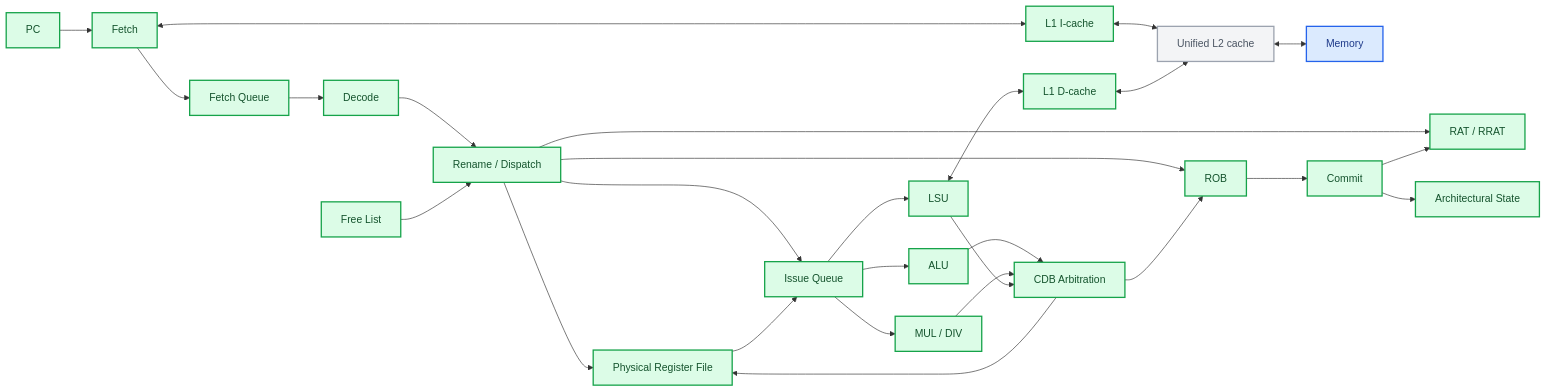
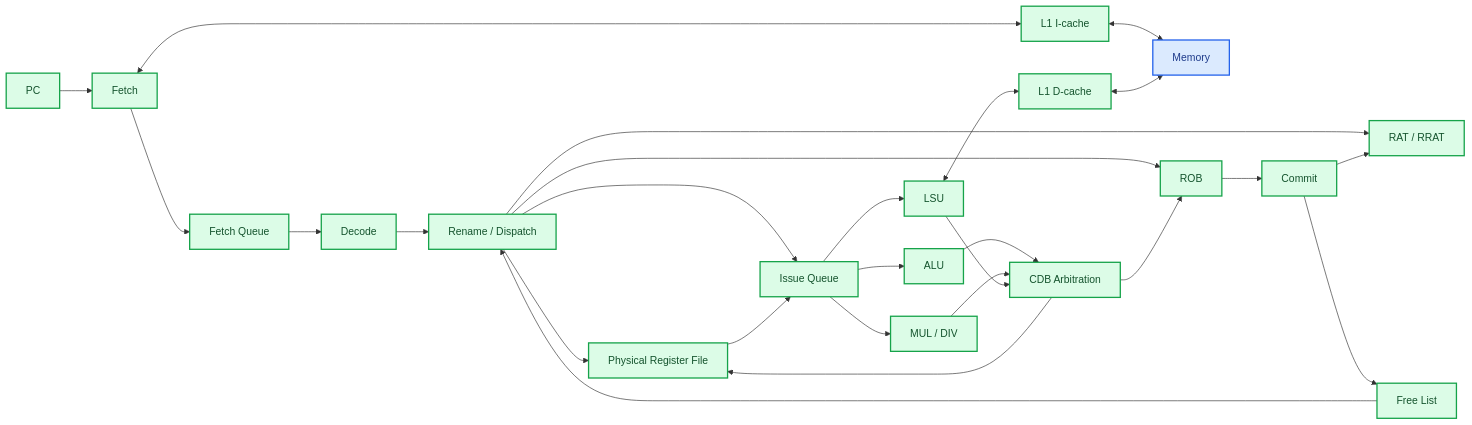
One commit to JustinYYZ/rv32im-research-core changed the second of 2 diagrams in README.md. Above: the diagram before and after it, drawn with Mermaid. The commit also changed other lines of this file and 23 other files, not shown here.

````diff
--- a/README.md
+++ b/README.md
@@ -319,35 +139,32 @@
 ```mermaid
 flowchart LR
     PC --> FETCH[Fetch]
     FETCH <--> L1I["L1 I-cache"]
-    L1I <--> L2["Unified L2 cache"]
-    L2 <--> MEM[Memory]
+    L1I <--> MEM[Memory]
     FETCH --> FQ["Fetch Queue"]
     FQ --> DECODE[Decode]
     DECODE --> RENAME["Rename / Dispatch"]
     RENAME --> RAT["RAT / RRAT"]
     FL["Free List"] --> RENAME
     RENAME --> PRF["Physical Register File"]
     RENAME --> ROB[ROB]
     RENAME --> IQ["Issue Queue"]
     PRF --> IQ
     IQ --> ALU[ALU]
     IQ --> MULDIV["MUL / DIV"]
     IQ --> LSU[LSU]
     LSU <--> L1D["L1 D-cache"]
-    L1D <--> L2
+    L1D <--> MEM
     ALU --> COMPLETE["CDB Arbitration"]
     MULDIV --> COMPLETE
     LSU --> COMPLETE
     COMPLETE --> PRF
     COMPLETE --> ROB
     ROB --> COMMIT[Commit]
     COMMIT --> RAT
-    COMMIT --> ARF["Architectural State"]
+    COMMIT --> FL
     classDef implemented fill:#dcfce7,stroke:#16a34a,color:#14532d,stroke-width:2px
-    classDef planned fill:#f3f4f6,stroke:#9ca3af,color:#4b5563,stroke-width:2px
     classDef external fill:#dbeafe,stroke:#2563eb,color:#1e3a8a,stroke-width:2px
-    class PC,FETCH,FQ,DECODE,ALU,MULDIV,LSU,COMMIT,ARF,ROB,PRF,RAT,FL,IQ,RENAME,COMPLETE,L1I,L1D implemented
-    class L2 planned
+    class PC,FETCH,FQ,DECODE,ALU,MULDIV,LSU,COMMIT,ROB,PRF,RAT,FL,IQ,RENAME,COMPLETE,L1I,L1D implemented
     class MEM external
 ```
````
